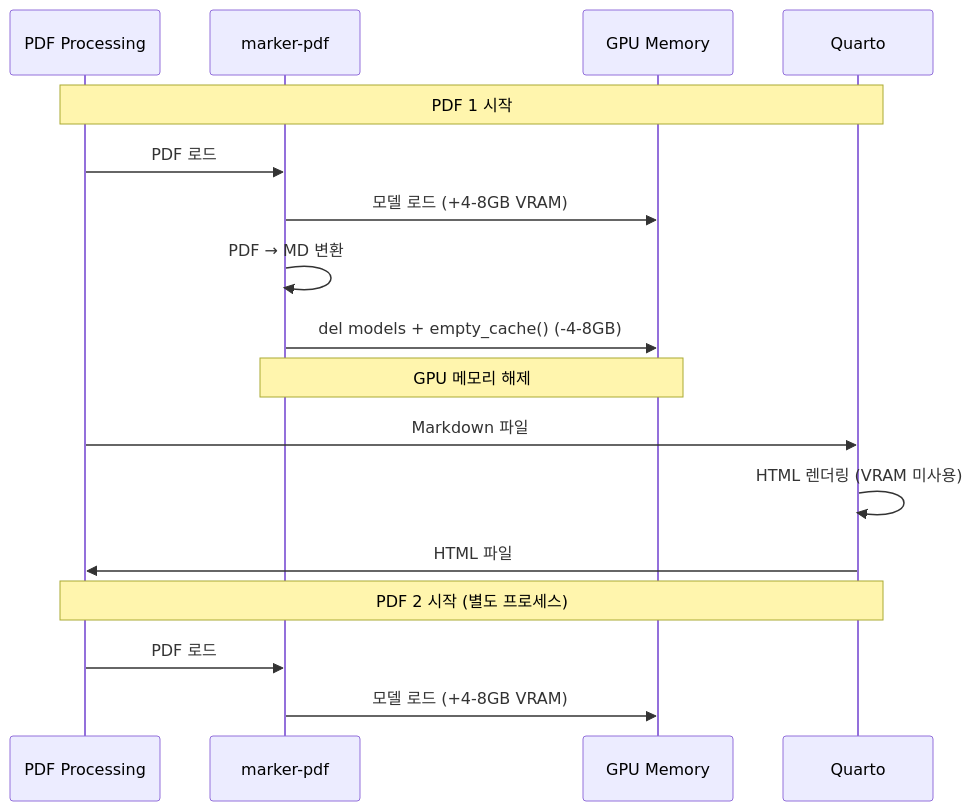
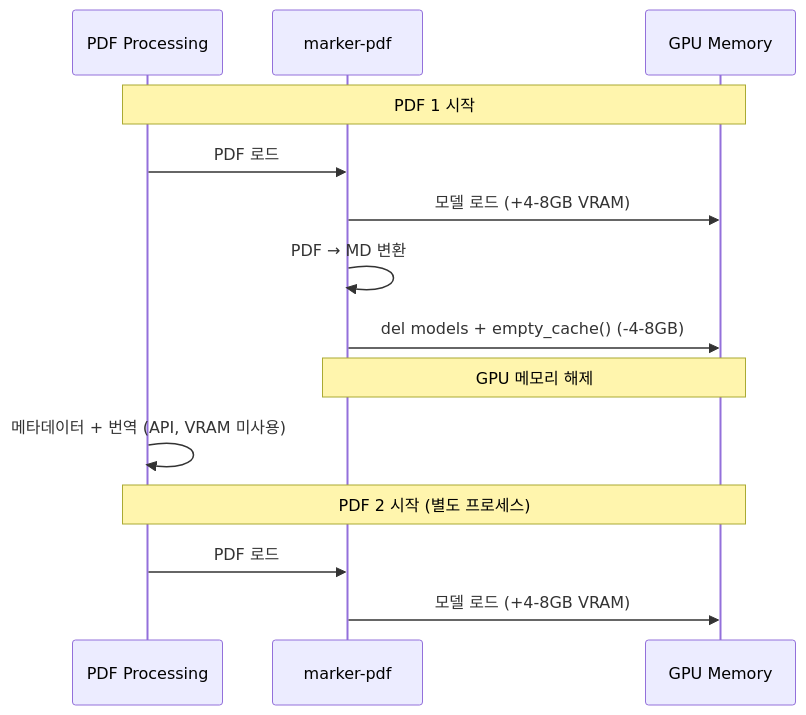
Before and after one commit to restful3/paperflow: the fifth of 6 diagrams in README.md, drawn with Mermaid. The commit also changed other lines of this file and 3 other files, not shown here.

````diff
--- a/README.md
+++ b/README.md
@@ -551,22 +520,19 @@
 ```mermaid
 sequenceDiagram
     participant P as PDF Processing
     participant M as marker-pdf
     participant G as GPU Memory
-    participant Q as Quarto
 
-    Note over P,Q: PDF 1 시작
+    Note over P,G: PDF 1 시작
     P->>M: PDF 로드
     M->>G: 모델 로드 (+4-8GB VRAM)
     M->>M: PDF → MD 변환
     M->>G: del models + empty_cache() (-4-8GB)
     Note over M,G: GPU 메모리 해제
 
-    P->>Q: Markdown 파일
-    Q->>Q: HTML 렌더링 (VRAM 미사용)
-    Q->>P: HTML 파일
+    P->>P: 메타데이터 + 번역 (API, VRAM 미사용)
 
-    Note over P,Q: PDF 2 시작 (별도 프로세스)
+    Note over P,G: PDF 2 시작 (별도 프로세스)
     P->>M: PDF 로드
     M->>G: 모델 로드 (+4-8GB VRAM)
 ```
````
